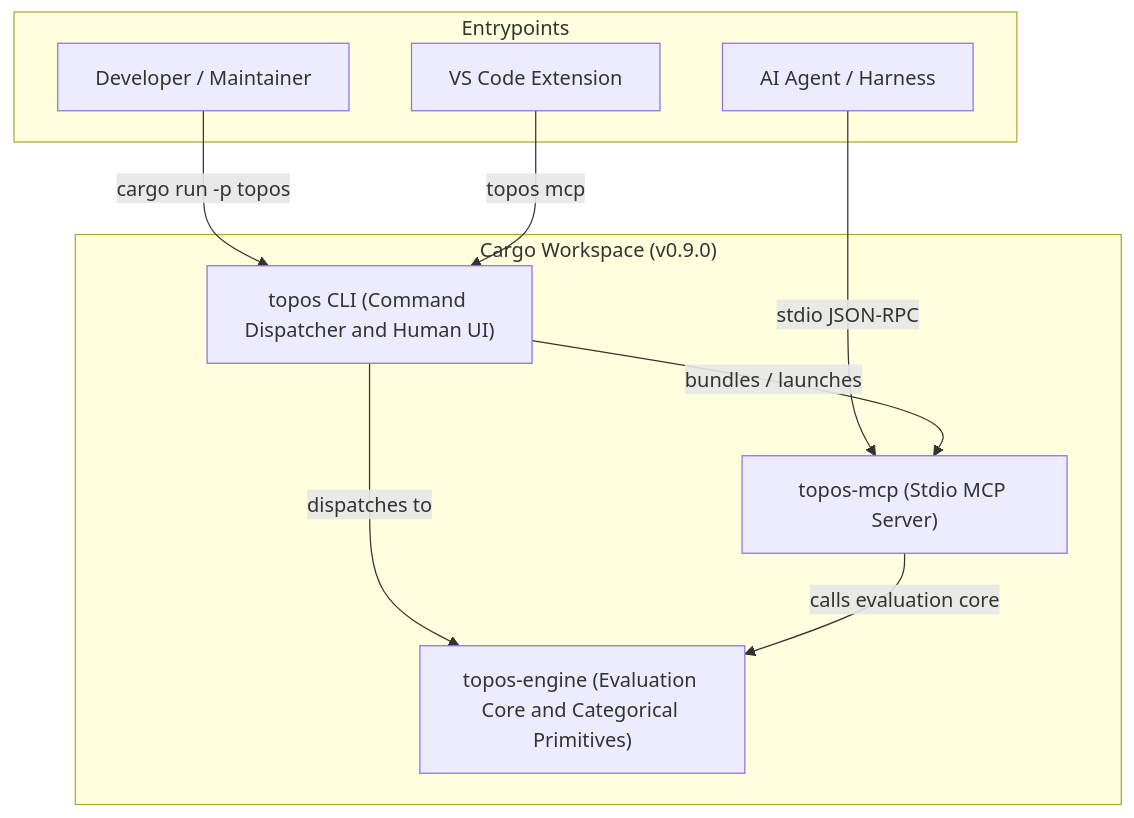
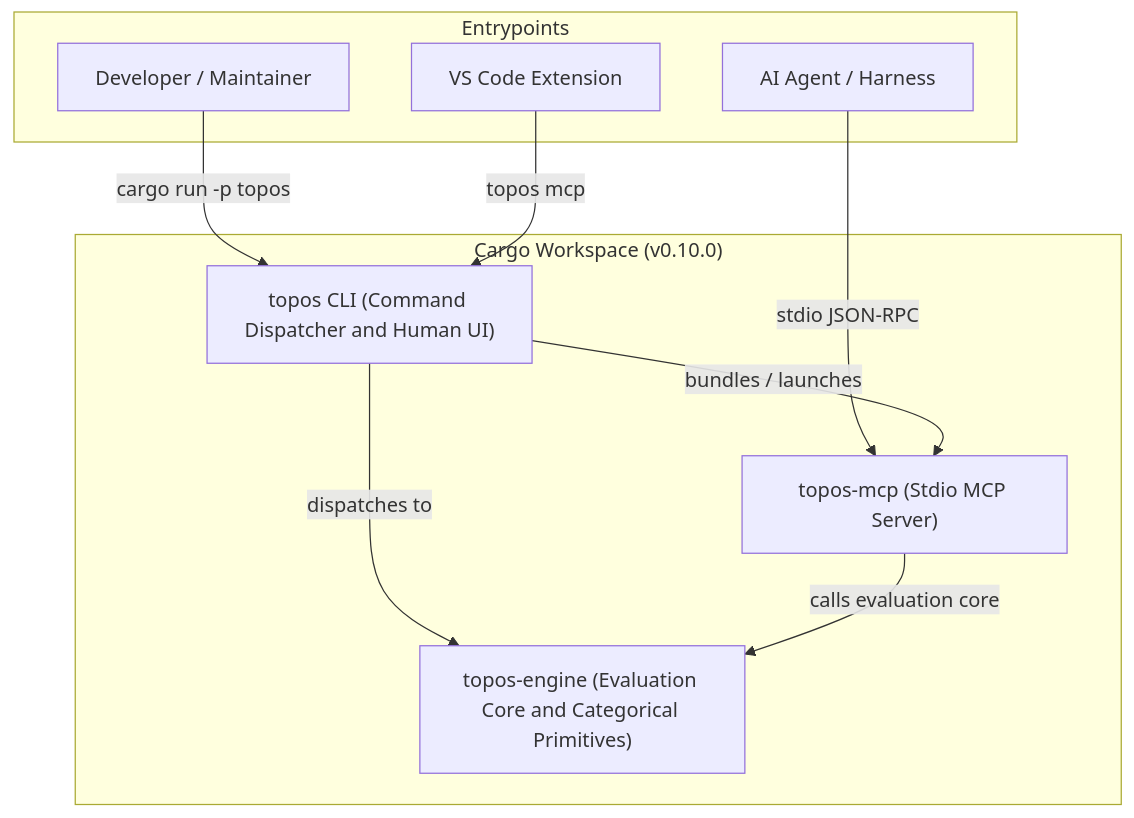
The diagram in openwiki/quickstart.md (Krv-Labs/topos), drawn with Mermaid before and after one commit. The commit also changed other lines of this file and 12 other files, not shown here.

````diff
--- a/openwiki/quickstart.md
+++ b/openwiki/quickstart.md
@@ -49,21 +49,21 @@
 ```mermaid
 flowchart TD
-    subgraph Workspace ["Cargo Workspace (v0.9.0)"]
+    subgraph Workspace ["Cargo Workspace (v0.10.0)"]
         Engine["topos-engine (Evaluation Core and Categorical Primitives)"]
         CLI["topos CLI (Command Dispatcher and Human UI)"]
         MCP["topos-mcp (Stdio MCP Server)"]
     end
 
     subgraph Entrypoints
         Developer["Developer / Maintainer"]
         Agent["AI Agent / Harness"]
         VSCode["VS Code Extension"]
     end
 
     Developer -->|cargo run -p topos| CLI
     Agent -->|stdio JSON-RPC| MCP
     VSCode -->|topos mcp| CLI
     CLI -->|bundles / launches| MCP
     CLI -->|dispatches to| Engine
     MCP -->|calls evaluation core| Engine
 ```
````
